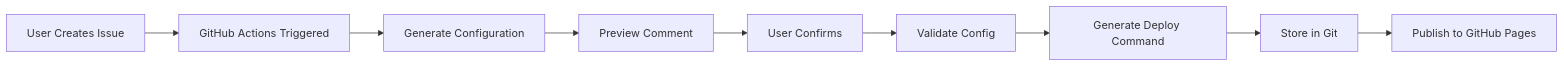
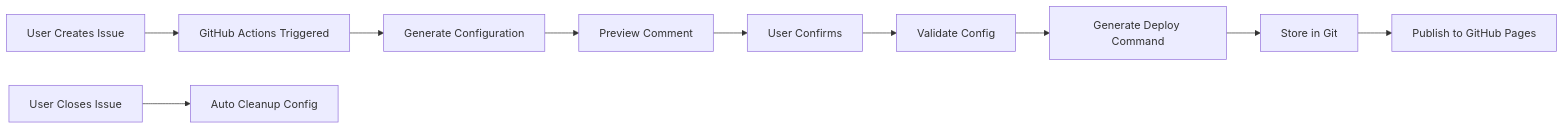
Before and after one commit to because-of-you/component: the diagram in README.md, drawn with Mermaid. The commit also changed other lines of this file and 4 other files, not shown here.

````diff
--- a/README.md
+++ b/README.md
@@ -20,11 +22,12 @@
 ```mermaid
 graph LR
     A[User Creates Issue] --> B[GitHub Actions Triggered]
     B --> C[Generate Configuration]
     C --> D[Preview Comment]
     D --> E[User Confirms]
     E --> F[Validate Config]
     F --> G[Generate Deploy Command]
     G --> H[Store in Git]
     H --> I[Publish to GitHub Pages]
+    J[User Closes Issue] --> K[Auto Cleanup Config]
 ```
````
